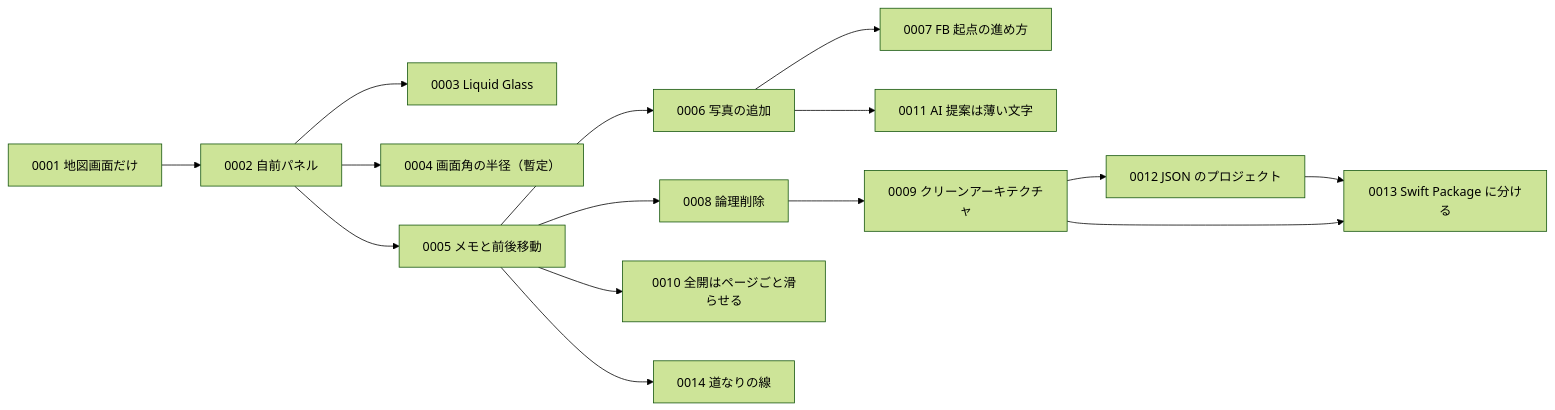
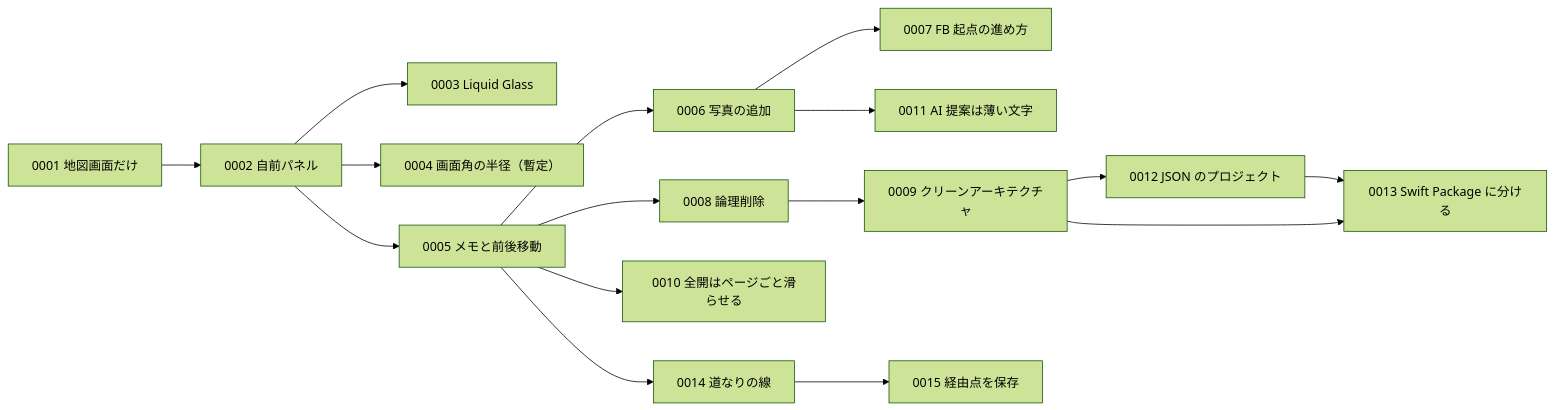
The diagram in docs/adr/README.md (akidon0000/tabi-memo), drawn with Mermaid (forest theme) before and after one commit. The commit also changed other lines of this file and 30 other files, not shown here.

````diff
--- a/docs/adr/README.md
+++ b/docs/adr/README.md
@@ -45,17 +46,18 @@
 ```mermaid
 flowchart LR
     0001["0001 地図画面だけ"] --> 0002["0002 自前パネル"]
     0002 --> 0003["0003 Liquid Glass"]
     0002 --> 0004["0004 画面角の半径（暫定）"]
     0002 --> 0005["0005 メモと前後移動"]
     0005 --> 0006["0006 写真の追加"]
     0006 --> 0007["0007 FB 起点の進め方"]
     0005 --> 0008["0008 論理削除"]
     0008 --> 0009["0009 クリーンアーキテクチャ"]
     0005 --> 0010["0010 全開はページごと滑らせる"]
     0006 --> 0011["0011 AI 提案は薄い文字"]
     0009 --> 0012["0012 JSON のプロジェクト"]
     0012 --> 0013["0013 Swift Package に分ける"]
     0009 --> 0013
     0005 --> 0014["0014 道なりの線"]
+    0014 --> 0015["0015 経由点を保存"]
 ```
````
